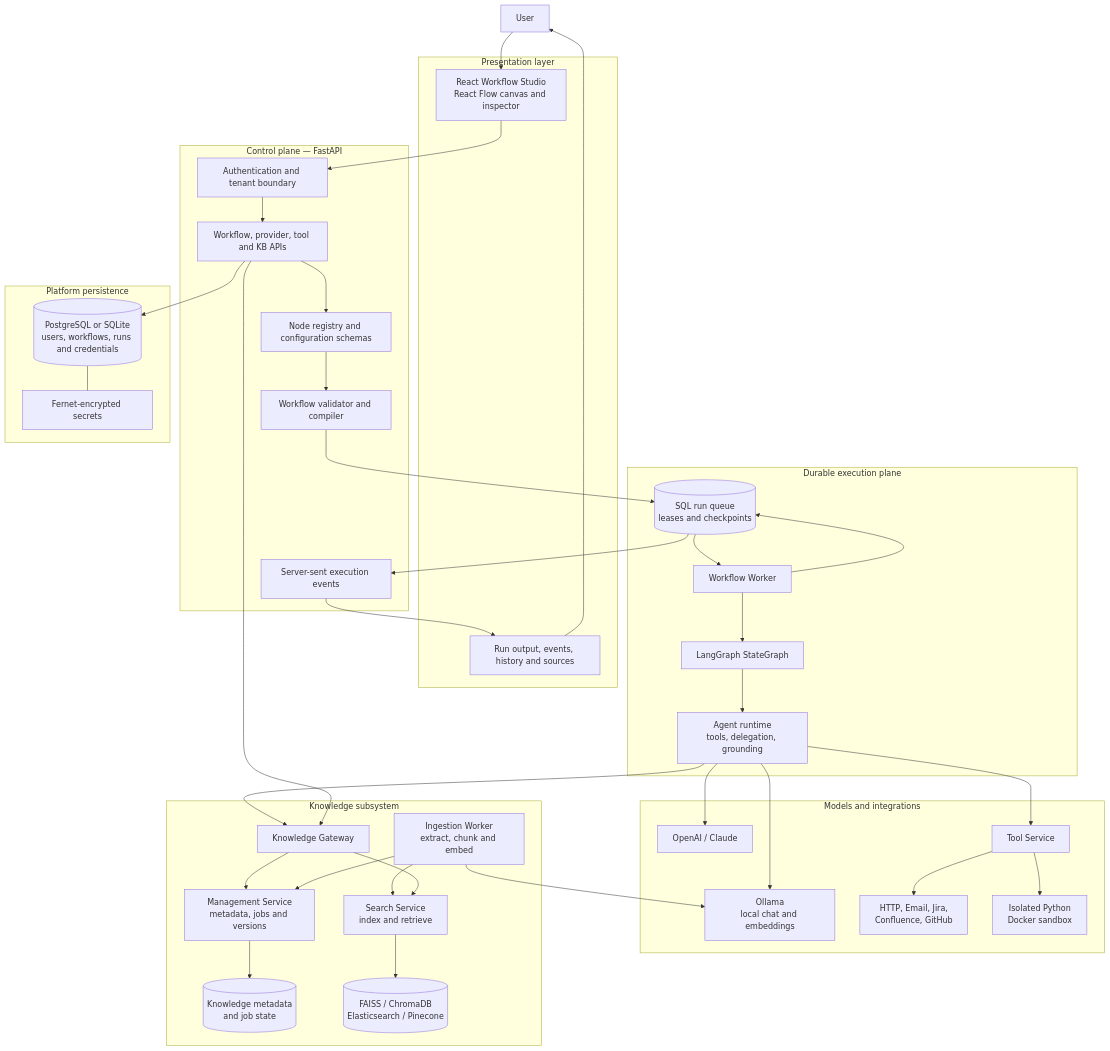
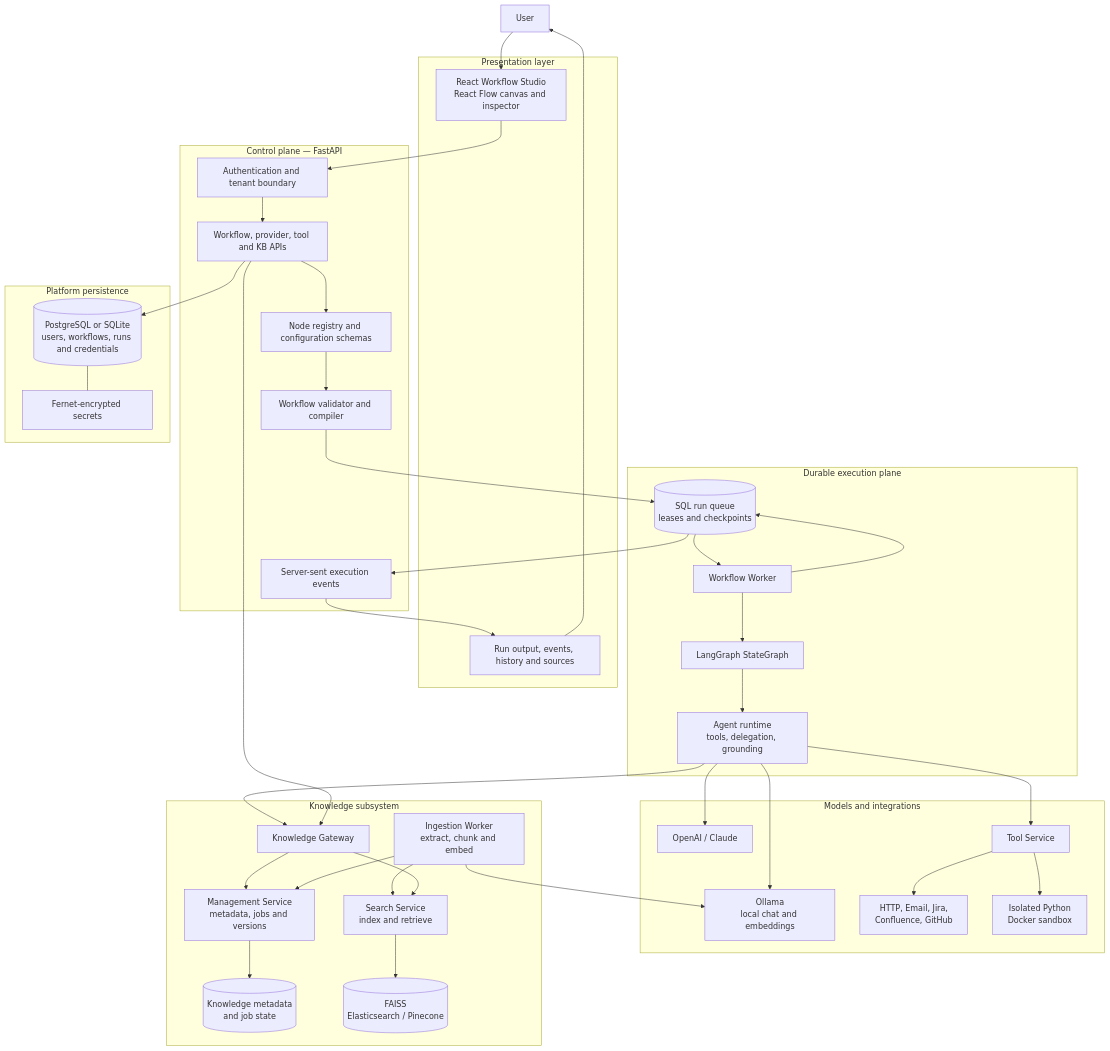
The second of 5 diagrams in README.md (SoumithReddy6/Enterprise-No-Code-Agentic-AI-Workflow-Platform), drawn with Mermaid before and after one commit. The commit also changed other lines of this file and 114 other files, not shown here.

````diff
--- a/README.md
+++ b/README.md
@@ -60,72 +60,72 @@
 ```mermaid
 flowchart TB
     USER["User"]
 
     subgraph CLIENT["Presentation layer"]
         EDITOR["React Workflow Studio<br/>React Flow canvas and inspector"]
         RUNVIEW["Run output, events, history and sources"]
     end
 
     subgraph CONTROL["Control plane — FastAPI"]
         AUTH["Authentication and tenant boundary"]
         REGISTRY["Node registry and configuration schemas"]
         VALIDATOR["Workflow validator and compiler"]
         API["Workflow, provider, tool and KB APIs"]
         SSE["Server-sent execution events"]
     end
 
     subgraph EXECUTION["Durable execution plane"]
         QUEUE[("SQL run queue<br/>leases and checkpoints")]
         WORKER["Workflow Worker"]
         GRAPH["LangGraph StateGraph"]
         AGENTRT["Agent runtime<br/>tools, delegation, grounding"]
     end
 
     subgraph INTEGRATIONS["Models and integrations"]
         OLLAMA["Ollama<br/>local chat and embeddings"]
         CLOUD["OpenAI / Claude"]
         TOOLSVC["Tool Service"]
         EXTERNAL["HTTP, Email, Jira,<br/>Confluence, GitHub"]
         PYTHON["Isolated Python<br/>Docker sandbox"]
     end
 
     subgraph KNOWLEDGE["Knowledge subsystem"]
         KBGW["Knowledge Gateway"]
         KBMGMT["Management Service<br/>metadata, jobs and versions"]
         INGEST["Ingestion Worker<br/>extract, chunk and embed"]
         SEARCH["Search Service<br/>index and retrieve"]
         KBMETA[("Knowledge metadata<br/>and job state")]
-        VECTOR[("FAISS / ChromaDB<br/>Elasticsearch / Pinecone")]
+        VECTOR[("FAISS<br/>Elasticsearch / Pinecone")]
     end
 
     subgraph DATA["Platform persistence"]
         STORE[("PostgreSQL or SQLite<br/>users, workflows, runs and credentials")]
         KEY["Fernet-encrypted secrets"]
     end
 
     USER --> EDITOR
     EDITOR --> AUTH --> API
     API --> REGISTRY --> VALIDATOR
     API --> STORE
     VALIDATOR --> QUEUE
     QUEUE --> WORKER --> GRAPH --> AGENTRT
     WORKER --> QUEUE
 
     AGENTRT --> OLLAMA
     AGENTRT --> CLOUD
     AGENTRT --> TOOLSVC
     TOOLSVC --> EXTERNAL
     TOOLSVC --> PYTHON
     AGENTRT --> KBGW
 
     API --> KBGW
     KBGW --> KBMGMT --> KBMETA
     INGEST --> KBMGMT
     INGEST --> OLLAMA
     INGEST --> SEARCH
     SEARCH --> VECTOR
     KBGW --> SEARCH
 
     STORE --- KEY
     QUEUE --> SSE --> RUNVIEW --> USER
 ```
````
